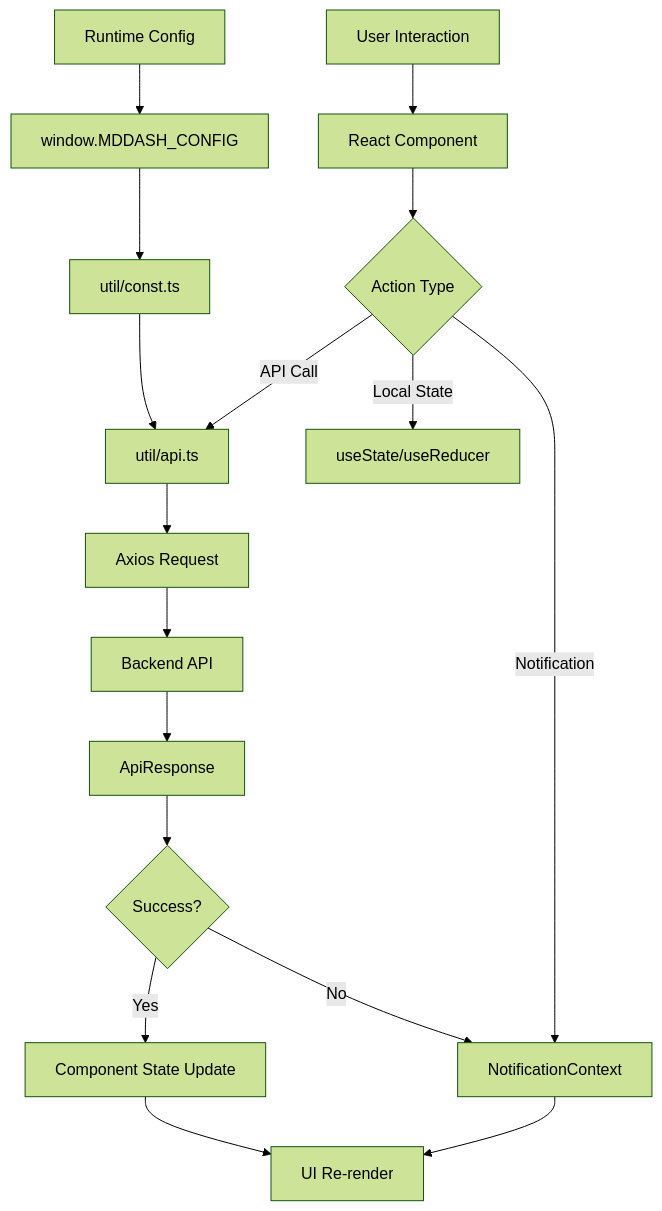
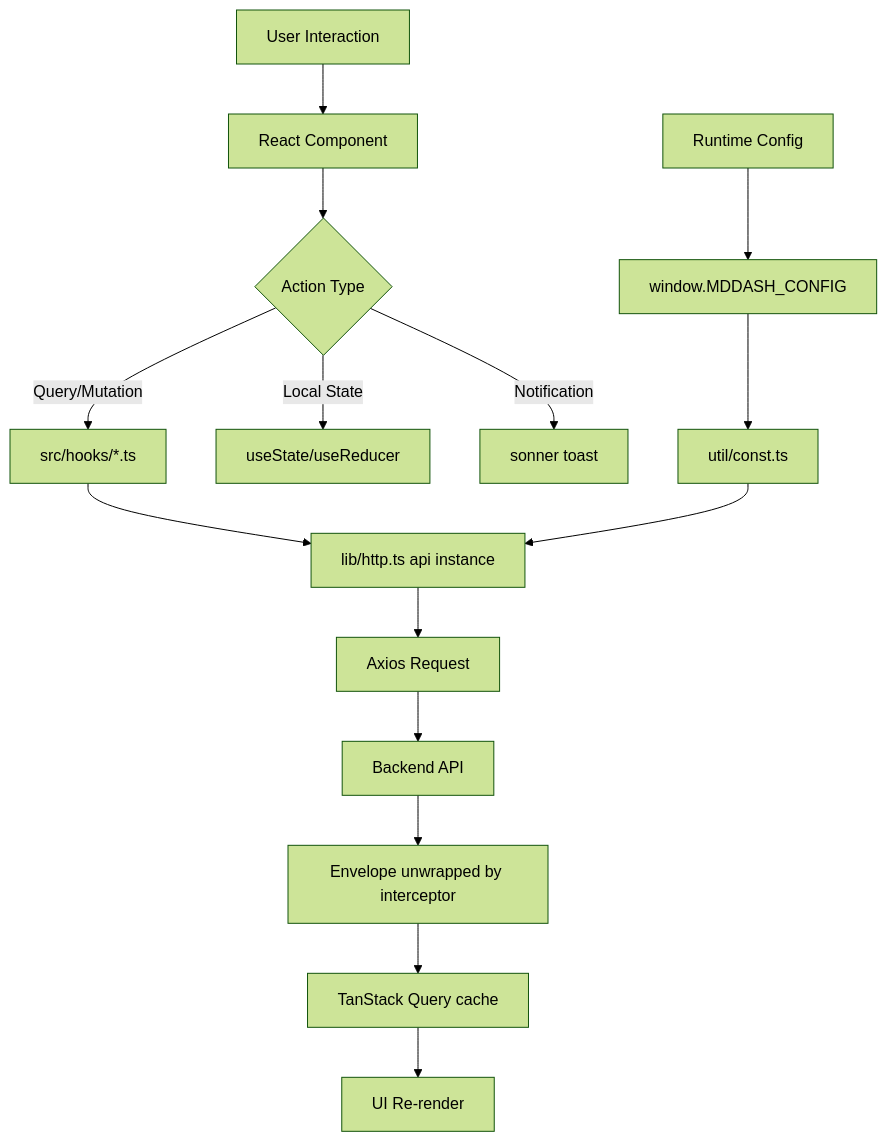
The diagram in dashboard/ui/AGENTS.md (CERIT-SC/mddash), drawn with Mermaid (forest theme) before and after one commit. The commit also changed other lines of this file and 1 other file, not shown here.

Commit message:
update agents.md files to match current architecture

````diff
--- a/dashboard/ui/AGENTS.md
+++ b/dashboard/ui/AGENTS.md
@@ -39,19 +41,17 @@
 ```mermaid
 graph TD
     A[User Interaction] --> B[React Component]
     B --> C{Action Type}
-    C -->|API Call| D[util/api.ts]
+    C -->|Query/Mutation| D[src/hooks/*.ts]
     C -->|Local State| E[useState/useReducer]
-    C -->|Notification| F[NotificationContext]
-    D --> G[Axios Request]
-    G --> H[Backend API]
-    H --> I[ApiResponse]
-    I --> J{Success?}
-    J -->|Yes| K[Component State Update]
-    J -->|No| F
+    C -->|Notification| F[sonner toast]
+    D --> G[lib/http.ts api instance]
+    G --> H[Axios Request]
+    H --> I[Backend API]
+    I --> J[Envelope unwrapped by interceptor]
+    J --> K[TanStack Query cache]
     K --> L[UI Re-render]
-    F --> L
     M[Runtime Config] --> N[window.MDDASH_CONFIG]
     N --> O[util/const.ts]
-    O --> D
+    O --> G
 ```
````
